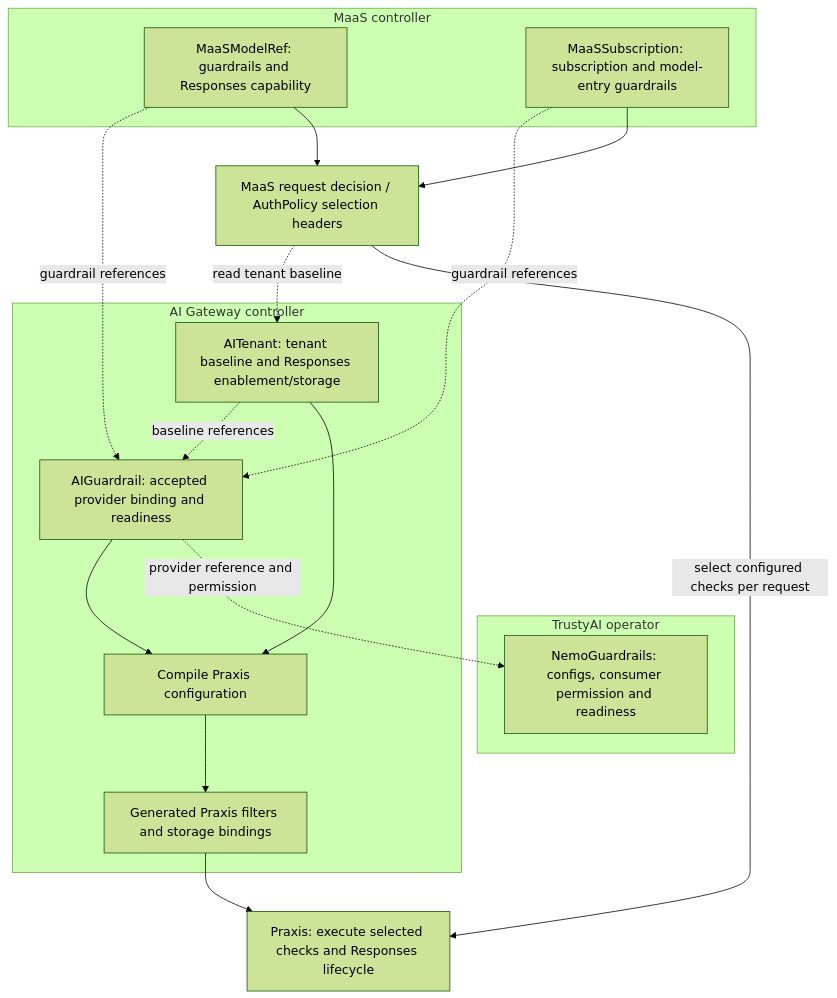
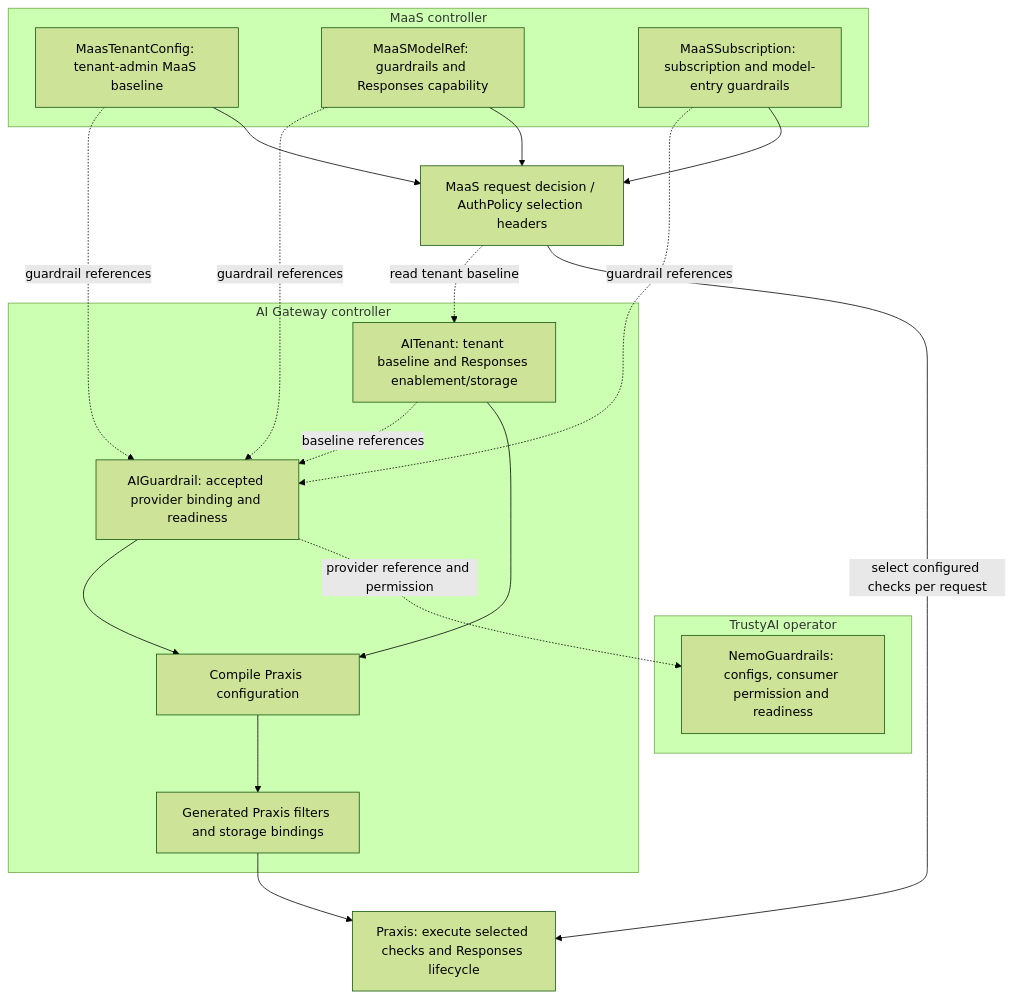
One commit to opendatahub-io/models-as-a-service changed the second of 2 diagrams in docs/content/architecture-internals/guardrails-responses/01-guardrails-responses-high-level-design.md. Above: the diagram before and after it, drawn with Mermaid (forest theme). The commit also changed other lines of this file and 5 other files, not shown here.

````diff
--- a/docs/content/architecture-internals/guardrails-responses/01-guardrails-responses-high-level-design.md
+++ b/docs/content/architecture-internals/guardrails-responses/01-guardrails-responses-high-level-design.md
@@ -425,31 +476,34 @@
 ```mermaid
 flowchart TB
     subgraph trustyai["TrustyAI operator"]
         N["NemoGuardrails: configs, consumer permission and readiness"]
     end
 
     subgraph aigateway["AI Gateway controller"]
         T["AITenant: tenant baseline and Responses enablement/storage"]
         G["AIGuardrail: accepted provider binding and readiness"]
         C["Compile Praxis configuration"]
         P["Generated Praxis filters and storage bindings"]
         T -.->|baseline references| G
         T --> C
         G --> C
         C --> P
     end
 
     subgraph maas["MaaS controller"]
+        MT["MaasTenantConfig: tenant-admin MaaS baseline"]
         M["MaaSModelRef: guardrails and Responses capability"]
         S["MaaSSubscription: subscription and model-entry guardrails"]
     end
 
     G -.->|provider reference and permission| N
+    MT -.->|guardrail references| G
     M -.->|guardrail references| G
     S -.->|guardrail references| G
-    M --> D["MaaS request decision / AuthPolicy selection headers"]
+    MT --> D["MaaS request decision / AuthPolicy selection headers"]
+    M --> D
     S --> D
     D -.->|read tenant baseline| T
     D -->|select configured checks per request| PR
     P --> PR["Praxis: execute selected checks and Responses lifecycle"]
 ```
````
